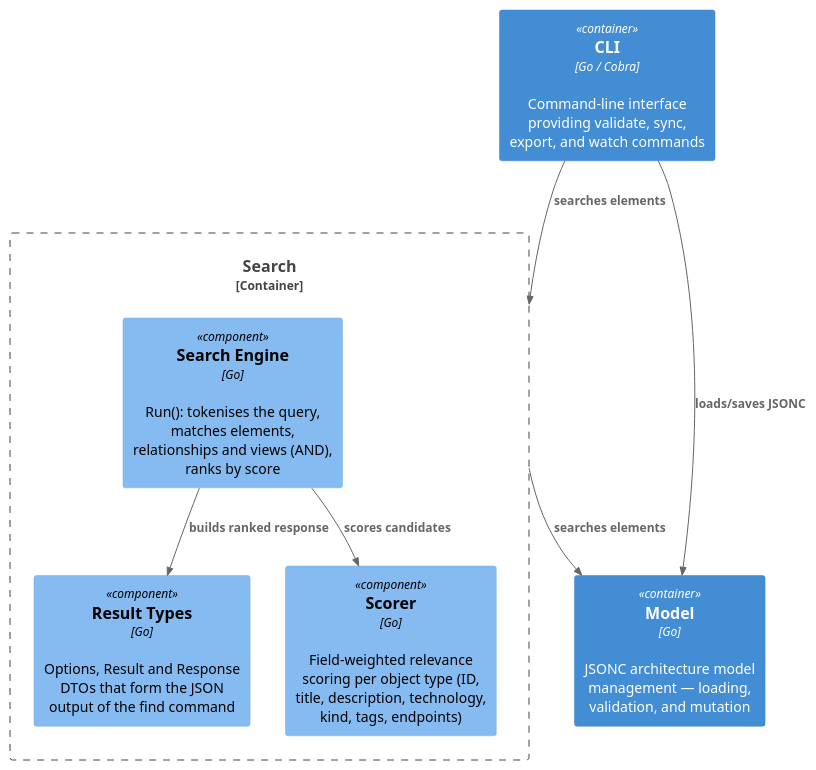
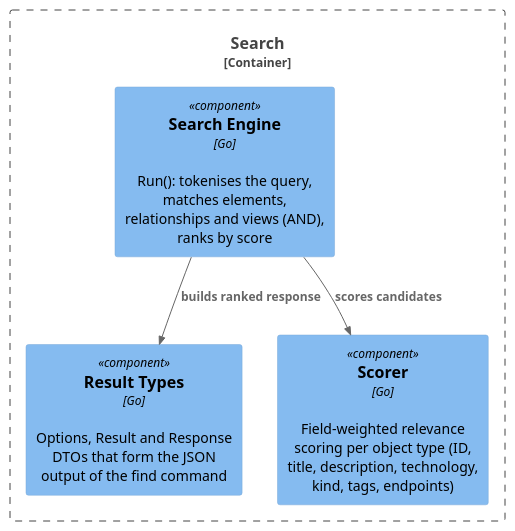
The diagram in src/docs/arc42/search-components.puml (docToolchain/Bausteinsicht), drawn with PlantUML before and after one commit. The commit also changed 5 other files, not shown here.

```diff
--- a/src/docs/arc42/search-components.puml
+++ b/src/docs/arc42/search-components.puml
@@ -1,17 +1,12 @@
 @startuml
 !include <C4/C4_Component>
 
-Container(bausteinsicht_cli, "CLI", "Go / Cobra", "Command-line interface providing validate, sync, export, and watch commands")
-Container(bausteinsicht_model, "Model", "Go", "JSONC architecture model management — loading, validation, and mutation")
 Container_Boundary(bausteinsicht_search, "Search") {
   Component(bausteinsicht_search_engine, "Search Engine", "Go", "Run(): tokenises the query, matches elements, relationships and views (AND), ranks by score")
   Component(bausteinsicht_search_results, "Result Types", "Go", "Options, Result and Response DTOs that form the JSON output of the find command")
   Component(bausteinsicht_search_scorer, "Scorer", "Go", "Field-weighted relevance scoring per object type (ID, title, description, technology, kind, tags, endpoints)")
 }
 
-Rel(bausteinsicht_cli, bausteinsicht_model, "loads/saves JSONC")
-Rel(bausteinsicht_cli, bausteinsicht_search, "searches elements")
-Rel(bausteinsicht_search, bausteinsicht_model, "searches elements")
 Rel(bausteinsicht_search_engine, bausteinsicht_search_scorer, "scores candidates")
 Rel(bausteinsicht_search_engine, bausteinsicht_search_results, "builds ranked response")
 @enduml
```
